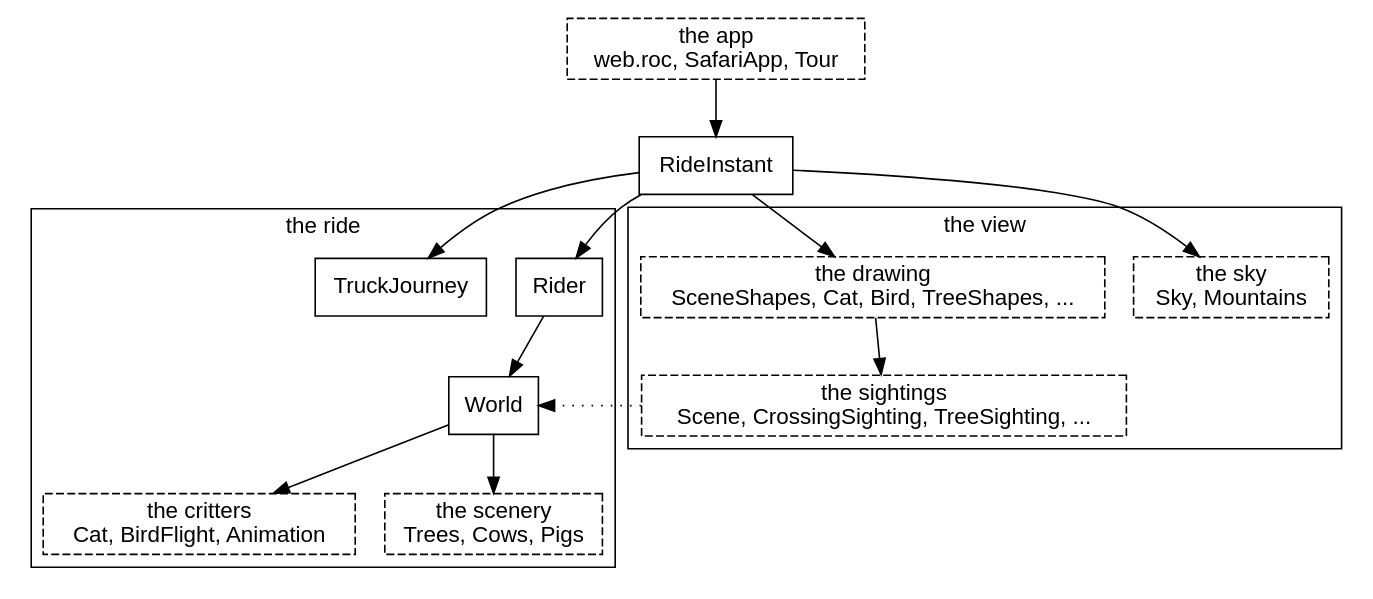
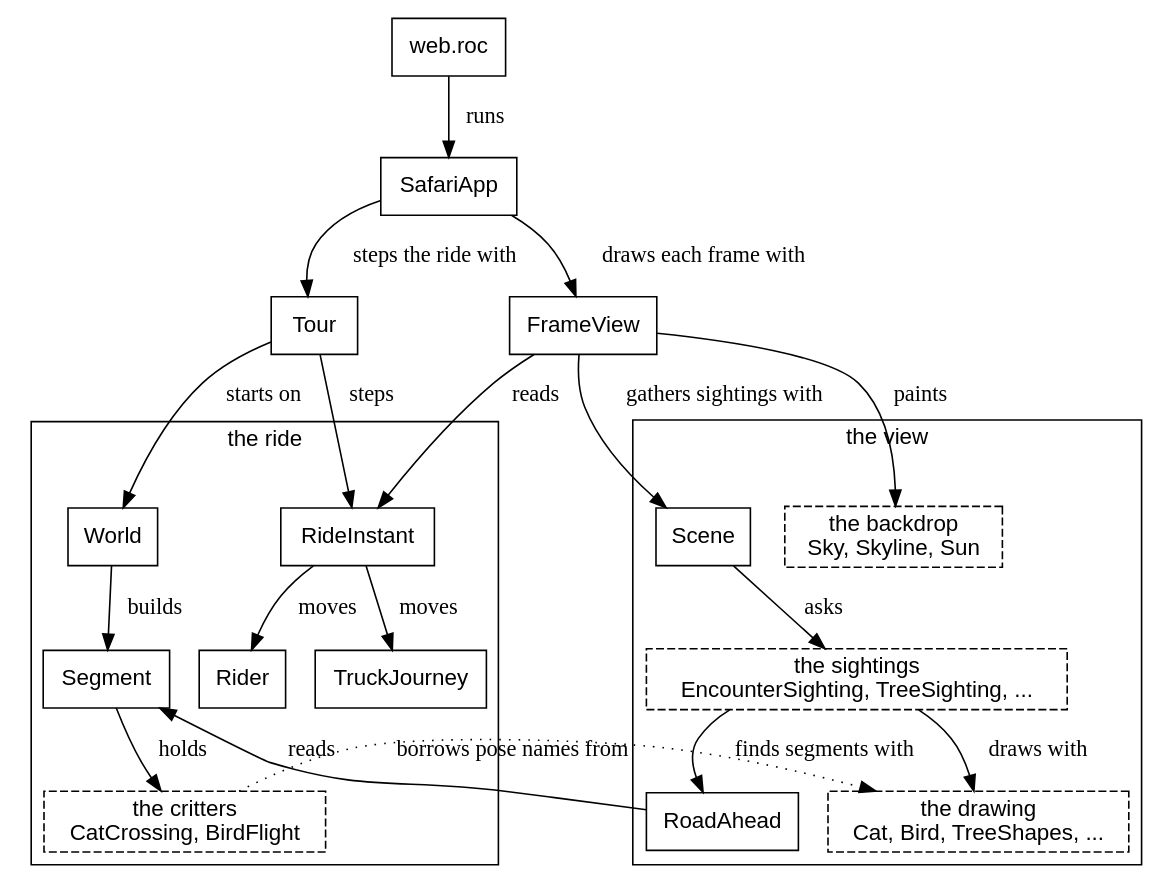
One commit to showell/roc-apps changed the second of 30 diagrams in canvas_apps/safari/tutorial/tutorial.md. Above: the diagram before and after it, drawn with Graphviz. The commit also changed other lines of this file, not shown here.

First line of the commit message:
Safari book opening: fix the fact-checker's findings through A simple tree

````diff
--- a/canvas_apps/safari/tutorial/tutorial.md
+++ b/canvas_apps/safari/tutorial/tutorial.md
@@ -89,29 +91,37 @@
 ```dot
 digraph system {
   node [shape=box, fontname="Helvetica"];
   fontname="Helvetica";
-  app [label="the app\nweb.roc, SafariApp, Tour", style=dashed];
+  web [label="web.roc"];
+  SafariApp; Tour; FrameView;
   subgraph cluster_ride {
     label="the ride";
-    Rider; TruckJourney; World;
-    critters [label="the critters\nCat, BirdFlight, Animation", style=dashed];
-    scenery [label="the scenery\nTrees, Cows, Pigs", style=dashed];
+    RideInstant; Rider; TruckJourney; World; Segment;
+    critters [label="the critters\nCatCrossing, BirdFlight", style=dashed];
   }
   subgraph cluster_view {
     label="the view";
-    sky [label="the sky\nSky, Mountains", style=dashed];
-    drawing [label="the drawing\nSceneShapes, Cat, Bird, TreeShapes, ...", style=dashed];
-    sightings [label="the sightings\nScene, CrossingSighting, TreeSighting, ...", style=dashed];
+    sky [label="the backdrop\nSky, Skyline, Sun", style=dashed];
+    Scene; RoadAhead;
+    sightings [label="the sightings\nEncounterSighting, TreeSighting, ...", style=dashed];
+    drawing [label="the drawing\nCat, Bird, TreeShapes, ...", style=dashed];
   }
-  app -> RideInstant;
-  RideInstant -> Rider;
-  RideInstant -> TruckJourney;
-  Rider -> World;
-  World -> critters;
-  World -> scenery;
-  RideInstant -> sky;
-  RideInstant -> drawing;
-  drawing -> sightings;
-  sightings -> World [style=dotted, constraint=false];
+  web -> SafariApp [label="  runs"];
+  SafariApp -> Tour [label="  steps the ride with"];
+  SafariApp -> FrameView [label="  draws each frame with"];
+  Tour -> RideInstant [label="  steps"];
+  Tour -> World [label="  starts on"];
+  RideInstant -> Rider [label="  moves"];
+  RideInstant -> TruckJourney [label="  moves"];
+  World -> Segment [label="  builds"];
+  Segment -> critters [label="  holds"];
+  FrameView -> RideInstant [label="  reads"];
+  FrameView -> sky [label="  paints"];
+  FrameView -> Scene [label="  gathers sightings with"];
+  Scene -> sightings [label="  asks"];
+  sightings -> RoadAhead [label="  finds segments with"];
+  RoadAhead -> Segment [label="  reads"];
+  sightings -> drawing [label="  draws with"];
+  critters -> drawing [label="  borrows pose names from", style=dotted];
 }
 ```
````
